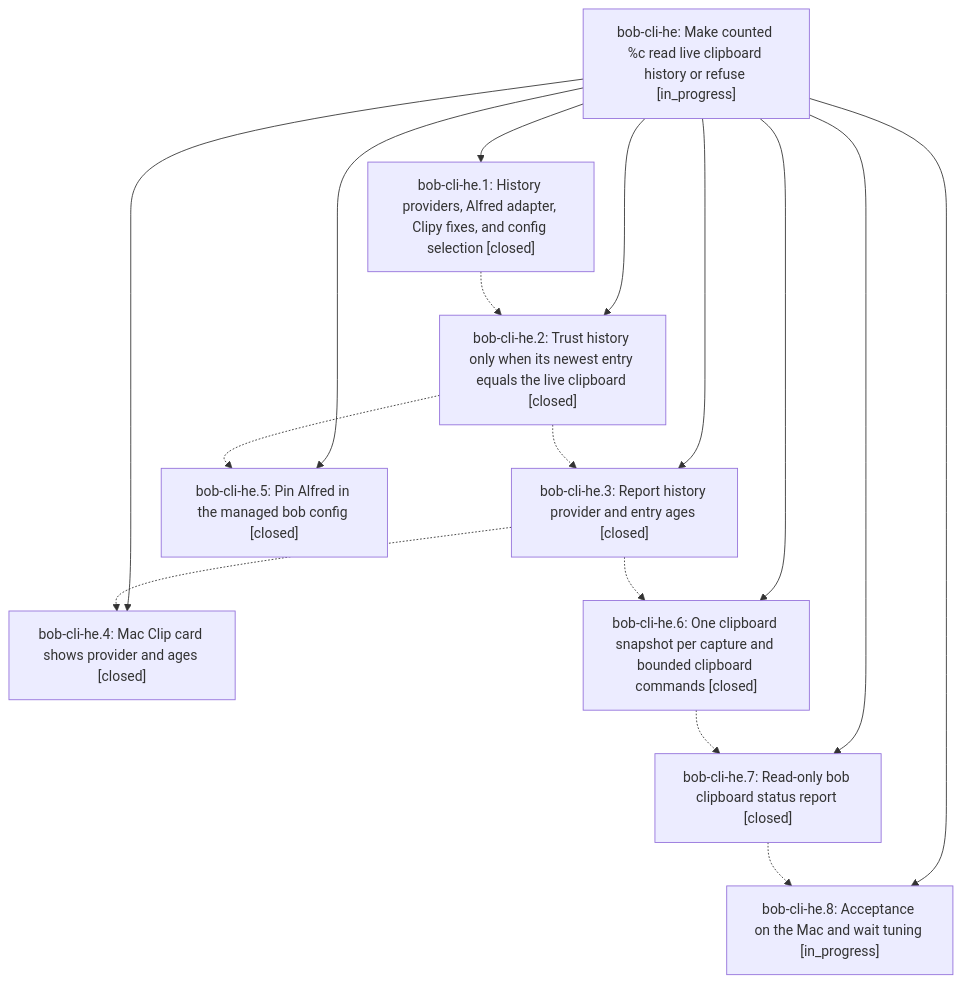
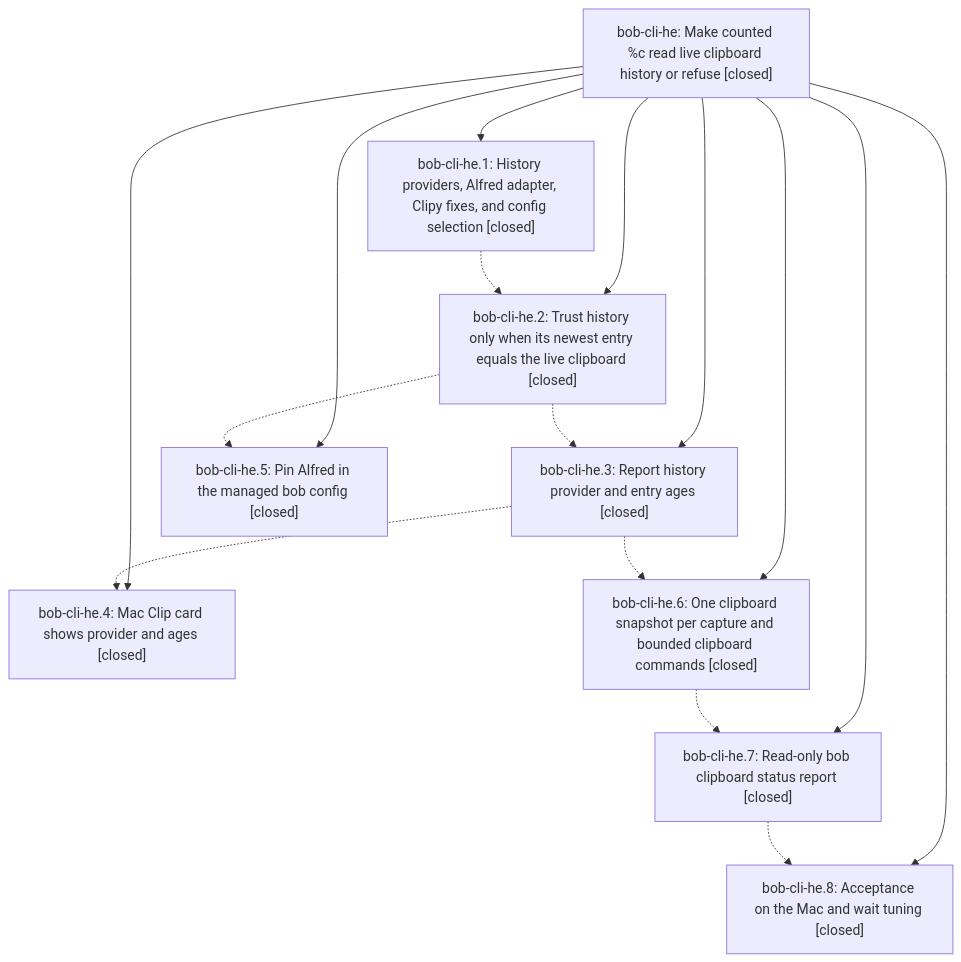
The diagram in pages/bob-cli-he/README.md (bobs-org/bob-cli--beads), drawn with Mermaid before and after one commit. The commit also changed other lines of this file and 3 other files, not shown here.

First line of the commit message:
chore(beads): sync bead state and pages for bob-cli-he

````diff
--- a/pages/bob-cli-he/README.md
+++ b/pages/bob-cli-he/README.md
@@ -47,27 +53,27 @@
 ```mermaid
 flowchart TD
-    n0["bob-cli-he: Make counted %c read live clipboard history or refuse [in_progress]"]
+    n0["bob-cli-he: Make counted %c read live clipboard history or refuse [closed]"]
     n1["bob-cli-he.1: History providers, Alfred adapter, Clipy fixes, and config selection [closed]"]
     n2["bob-cli-he.2: Trust history only when its newest entry equals the live clipboard [closed]"]
     n3["bob-cli-he.3: Report history provider and entry ages [closed]"]
     n4["bob-cli-he.4: Mac Clip card shows provider and ages [closed]"]
     n5["bob-cli-he.5: Pin Alfred in the managed bob config [closed]"]
     n6["bob-cli-he.6: One clipboard snapshot per capture and bounded clipboard commands [closed]"]
     n7["bob-cli-he.7: Read-only bob clipboard status report [closed]"]
-    n8["bob-cli-he.8: Acceptance on the Mac and wait tuning [in_progress]"]
+    n8["bob-cli-he.8: Acceptance on the Mac and wait tuning [closed]"]
     n0 --> n1
     n0 --> n2
     n0 --> n3
     n0 --> n4
     n0 --> n5
     n0 --> n6
     n0 --> n7
     n0 --> n8
     n1 -.-> n2
     n2 -.-> n3
     n2 -.-> n5
     n3 -.-> n4
     n3 -.-> n6
     n6 -.-> n7
     n7 -.-> n8
 ```
````
